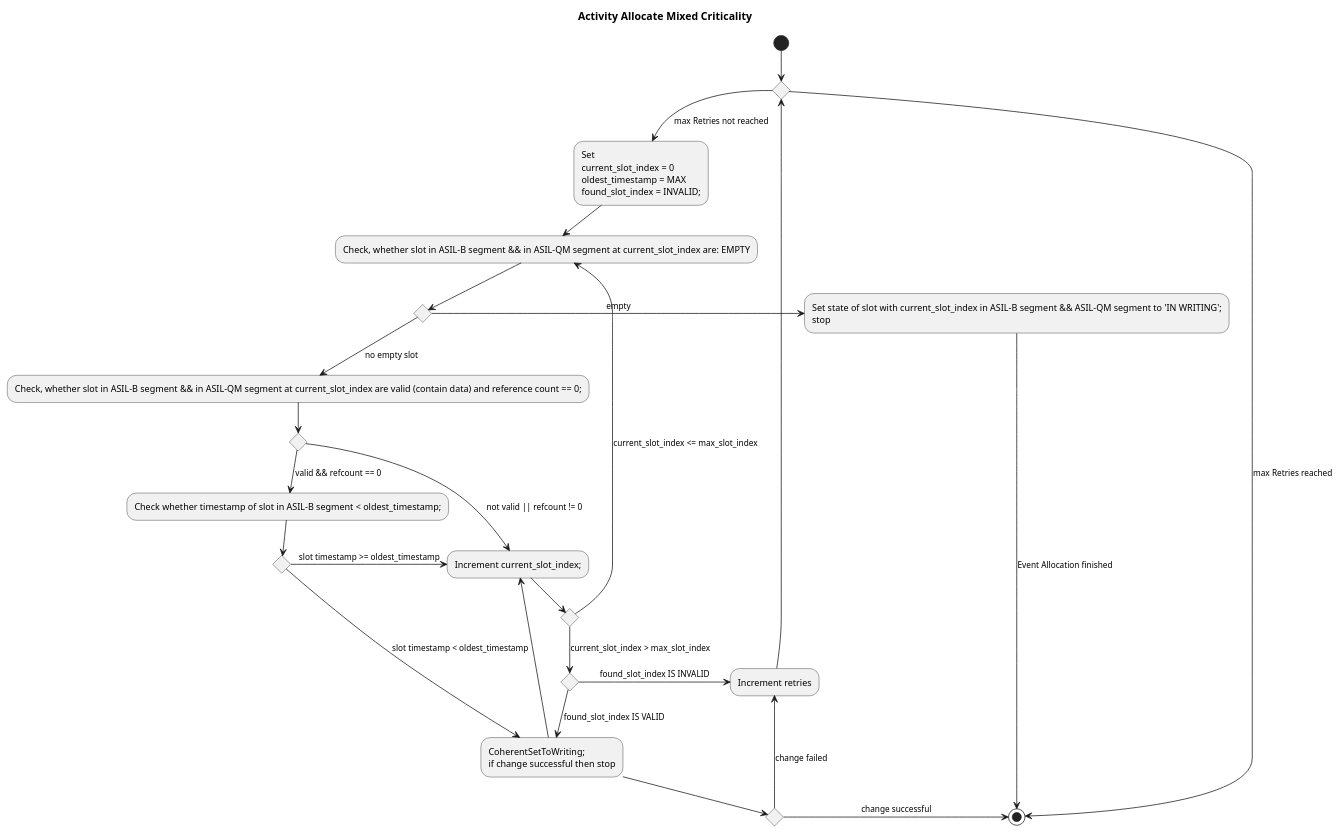
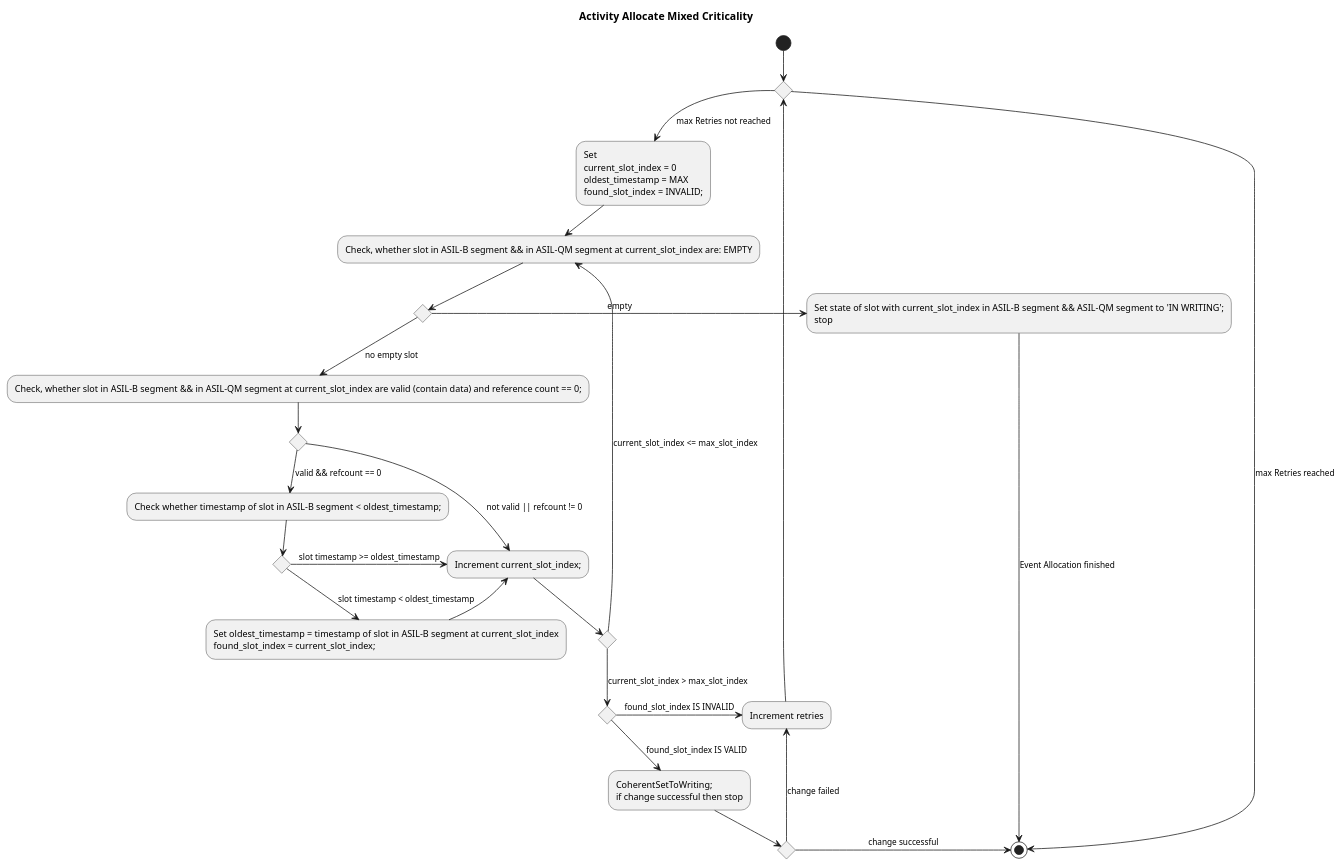
One commit to eclipse-score/communication changed the diagram in score/mw/com/design/events_fields/lola_event_allocate_mixed_critical_activity.puml. Above: the diagram before and after it, drawn with PlantUML. The commit also changed 1 other file, not shown here.

```diff
--- a/score/mw/com/design/events_fields/lola_event_allocate_mixed_critical_activity.puml
+++ b/score/mw/com/design/events_fields/lola_event_allocate_mixed_critical_activity.puml
@@ -1,48 +1,48 @@
 @startuml lola_event_allocate_mixed_critical_activity
 title "Activity Allocate Mixed Criticality"
 
 (*) --> if "" as RetryCheck then
   -down->[max Retries reached] (*)
 else
   -down->[max Retries not reached] "Set\ncurrent_slot_index = 0\noldest_timestamp = MAX\nfound_slot_index = INVALID;" as Activity_1
 endif
 
 Activity_1 -down-> "Check, whether slot in ASIL-B segment && in ASIL-QM segment at current_slot_index are: EMPTY" as Activity_2
 
 Activity_2 -down-> if "" as EmptyCheck then
   -left->[empty] "Set state of slot with current_slot_index in ASIL-B segment && ASIL-QM segment to 'IN WRITING';\nstop" as Activity_3
   -down-> [Event Allocation finished](*)
 else
   -down->[no empty slot] "Check, whether slot in ASIL-B segment && in ASIL-QM segment at current_slot_index are valid (contain data) and reference count == 0;" as Activity_4
 endif
 
 Activity_4 -down-> if "" as ValidCheck then
   -down->[valid && refcount == 0] "Check whether timestamp of slot in ASIL-B segment < oldest_timestamp;" as Activity_5
 else
   -right->[not valid || refcount != 0] "Increment current_slot_index;" as Activity_6
 endif
 
 Activity_6 -up-> if "" as IncrementCheck then
   -up->[current_slot_index <= max_slot_index] Activity_2
 else
   -down->[current_slot_index > max_slot_index] if "" as FoundCheck then
     -down->[found_slot_index IS VALID] "CoherentSetToWriting;\nif change successful then stop" as Activity_7
   else
     -right->[found_slot_index IS INVALID] "Increment retries" as Activity_8
     -up-> RetryCheck
   endif
 endif
 
 Activity_5 -down-> if "" as TimestampCheck then
-  -down->[slot timestamp < oldest_timestamp] "Set oldest_timestamp = timestamp of slot in ASIL-B segment at current_slot_index\nfound_slot_index = current_slot_index;" as Activity_7
+  -down->[slot timestamp < oldest_timestamp] "Set oldest_timestamp = timestamp of slot in ASIL-B segment at current_slot_index\nfound_slot_index = current_slot_index;" as Activity_9
   -up-> Activity_6
 else
   -right->[slot timestamp >= oldest_timestamp] Activity_6
 endif
 
 Activity_7 -down-> if "" as ChangeCheck then
   -right->[change successful] (*)
 else
   -up->[change failed] Activity_8
 
 @enduml
```
